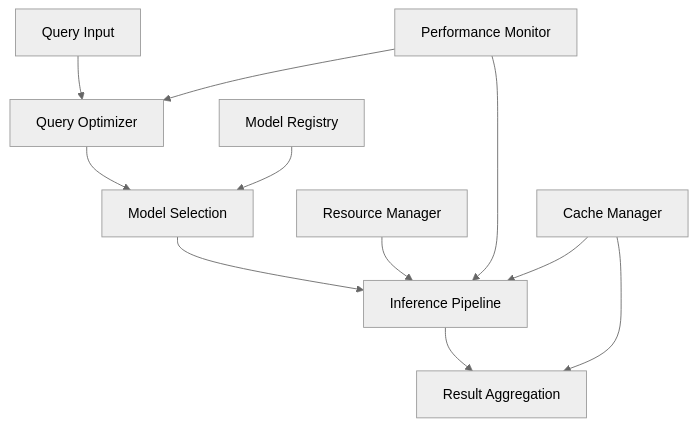
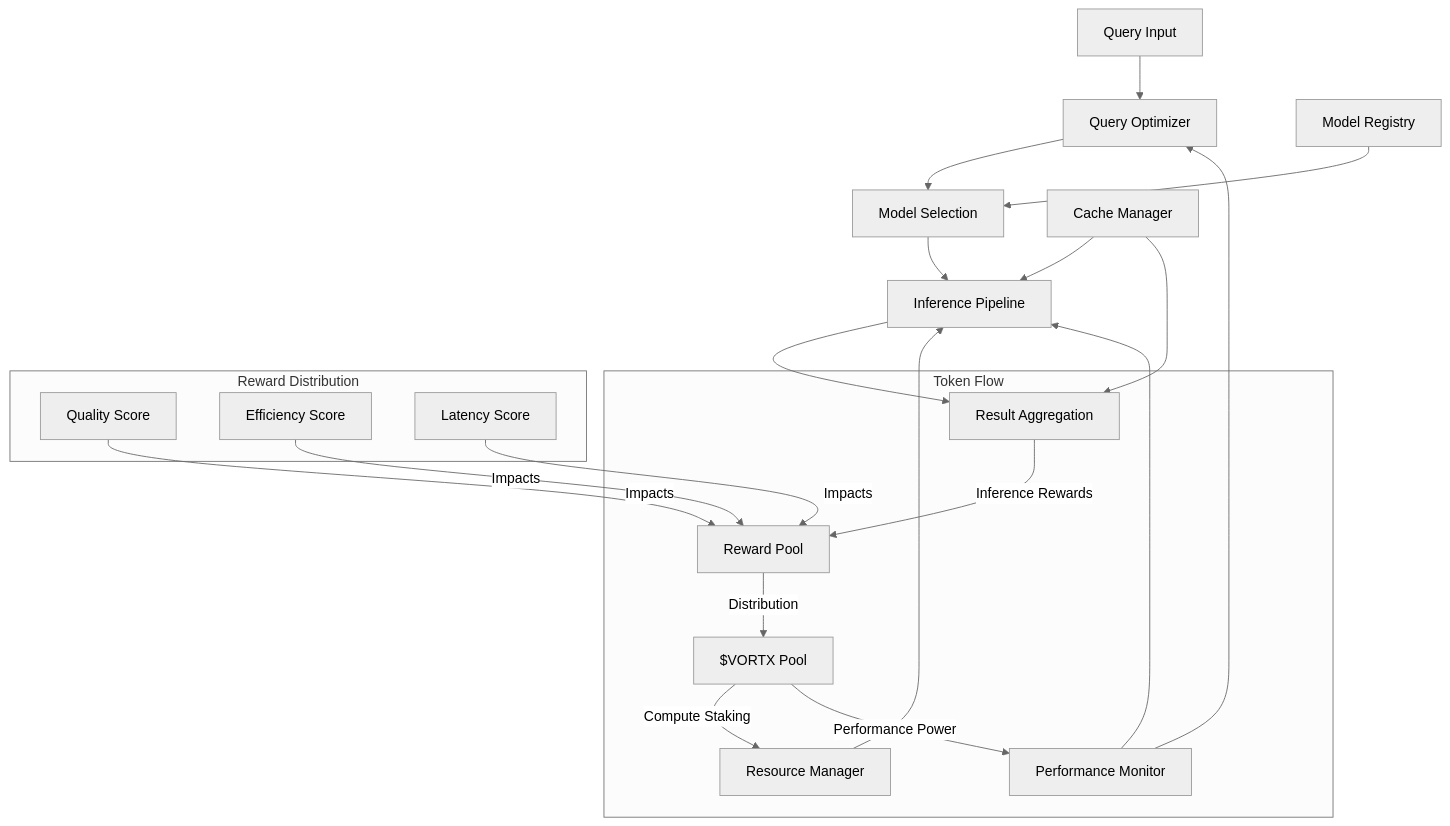
The first of 6 diagrams in docs/whitepapers/inference-engine.md (Vortx-AI/synthetic-satellite), drawn with Mermaid (neutral theme) before and after one commit. The commit also changed other lines of this file and 3 other files, not shown here.

````diff
--- a/docs/whitepapers/inference-engine.md
+++ b/docs/whitepapers/inference-engine.md
@@ -38,16 +40,29 @@
 ```mermaid
 graph TD
     A[Query Input] --> B[Query Optimizer]
     B --> C[Model Selection]
     C --> D[Inference Pipeline]
     D --> E[Result Aggregation]
     
     F[Model Registry] --> C
     G[Resource Manager] --> D
     
     H[Performance Monitor] --> B
     H --> D
     
     I[Cache Manager] --> D
     I --> E
+
+    subgraph Token Flow
+        T1[$VORTX Pool] -->|Compute Staking| G
+        T1 -->|Performance Power| H
+        E -->|Inference Rewards| T2[Reward Pool]
+        T2 -->|Distribution| T1
+    end
+
+    subgraph Reward Distribution
+        R1[Quality Score] -->|Impacts| T2
+        R2[Efficiency Score] -->|Impacts| T2
+        R3[Latency Score] -->|Impacts| T2
+    end
 ```
````
